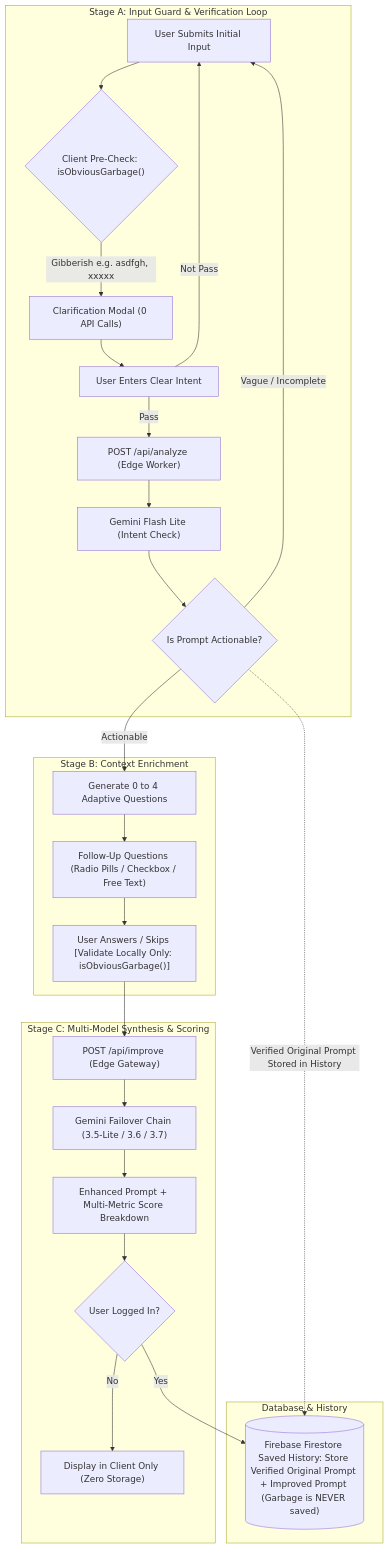
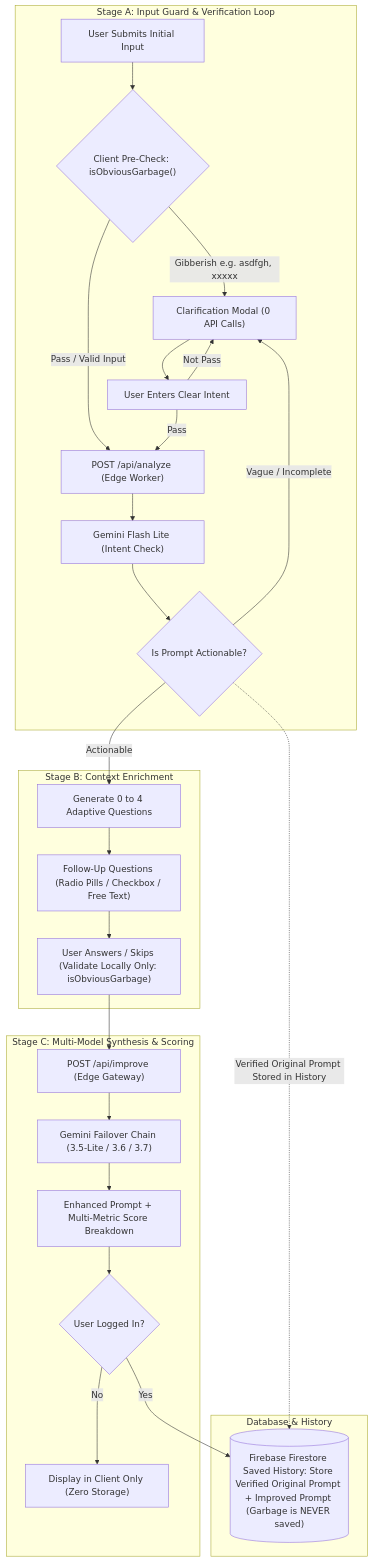
One commit to Naseem2917/PromptWise changed the diagram in README.md. Above: the diagram before and after it, drawn with Mermaid.

Commit message:
docs: update README flowchart to route invalid and vague inputs to clarification modal

````diff
--- a/README.md
+++ b/README.md
@@ -176,36 +176,37 @@
 ```mermaid
 graph TD
     subgraph StageA["Stage A: Input Guard & Verification Loop"]
         A["User Submits Initial Input"] --> B{"Client Pre-Check: isObviousGarbage()"}
         
         B -->|Gibberish e.g. asdfgh, xxxxx| C["Clarification Modal (0 API Calls)"]
+        B -->|Pass / Valid Input| E["POST /api/analyze (Edge Worker)"]
+        
         C --> D["User Enters Clear Intent"]
-        
-        D -->|Not Pass| A
-        D -->|Pass| E["POST /api/analyze (Edge Worker)"]
+        D -->|Not Pass| C
+        D -->|Pass| E
         
         E --> F["Gemini Flash Lite (Intent Check)"]
         F --> G{"Is Prompt Actionable?"}
         
-        G -->|Vague / Incomplete| A
+        G -->|Vague / Incomplete| C
     end
 
     subgraph StageB["Stage B: Context Enrichment"]
         G -->|Actionable| H["Generate 0 to 4 Adaptive Questions"]
         H --> I["Follow-Up Questions (Radio Pills / Checkbox / Free Text)"]
-        I --> J["User Answers / Skips [Validate Locally Only: isObviousGarbage()]"]
+        I --> J["User Answers / Skips (Validate Locally Only: isObviousGarbage)"]
     end
 
     subgraph StageC["Stage C: Multi-Model Synthesis & Scoring"]
         J --> K["POST /api/improve (Edge Gateway)"]
         K --> L["Gemini Failover Chain (3.5-Lite / 3.6 / 3.7)"]
         L --> M["Enhanced Prompt + Multi-Metric Score Breakdown"]
         M --> N{"User Logged In?"}
         N -->|No| O["Display in Client Only (Zero Storage)"]
     end
 
     subgraph Storage["Database & History"]
         G -.->|Verified Original Prompt Stored in History| P[("Firebase Firestore Saved History: Store Verified Original Prompt + Improved Prompt (Garbage is NEVER saved)")]
         N -->|Yes| P
     end
 ```
````
